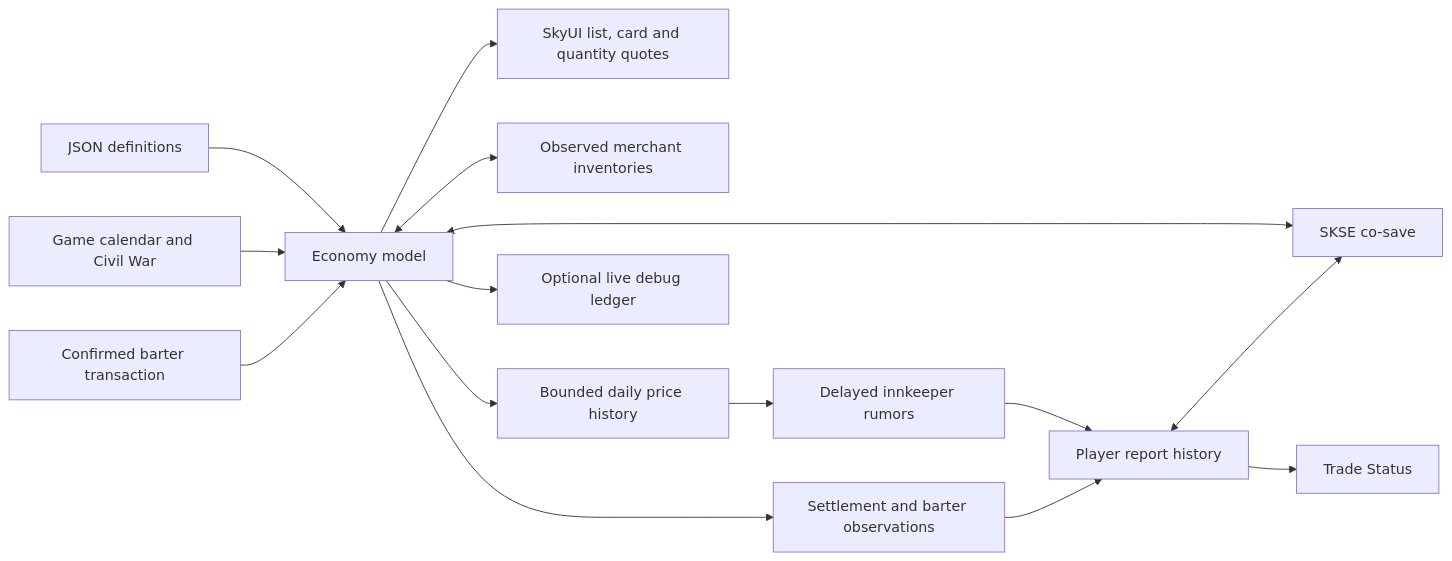
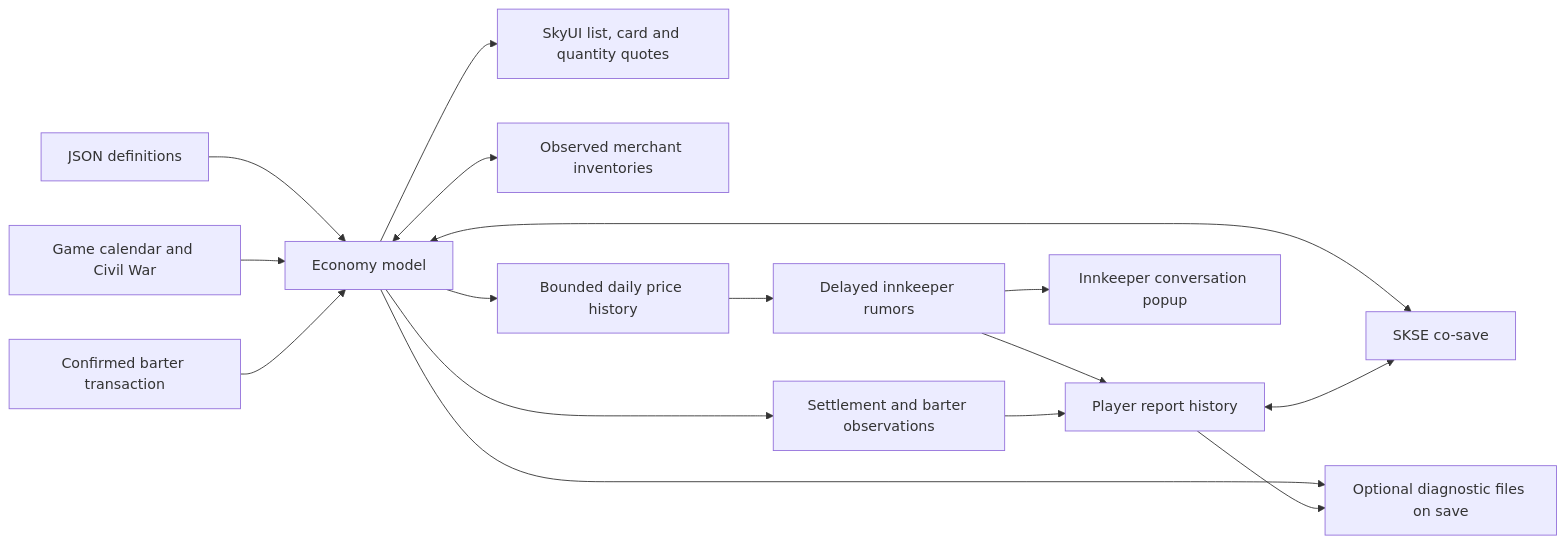
One commit to opteron-x86/marco-polo changed the diagram in docs/ARCHITECTURE.md. Above: the diagram before and after it, drawn with Mermaid. The commit also changed other lines of this file and 31 other files, not shown here.

````diff
--- a/docs/ARCHITECTURE.md
+++ b/docs/ARCHITECTURE.md
@@ -7,17 +7,18 @@
 ```mermaid
 flowchart LR
   Config[JSON definitions] --> Core[Economy model]
   Time[Game calendar and Civil War] --> Core
   Core <--> Save[SKSE co-save]
   Trade[Confirmed barter transaction] --> Core
   Core --> Price[SkyUI list, card and quantity quotes]
   Core <--> Chest[Observed merchant inventories]
   Core --> History[Bounded daily price history]
   History --> News[Delayed innkeeper rumors]
   Core --> Visit[Settlement and barter observations]
   News --> Knowledge[Player report history]
   Visit --> Knowledge
   Knowledge <--> Save
-  Knowledge --> Ledger[Trade Status]
-  Core --> Debug[Optional live debug ledger]
+  News --> Popup[Innkeeper conversation popup]
+  Core --> Debug[Optional diagnostic files on save]
+  Knowledge --> Debug
 ```
````
